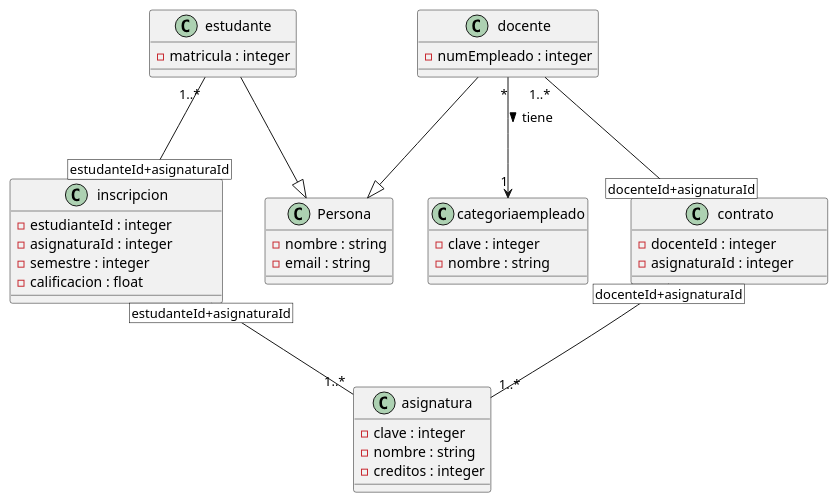
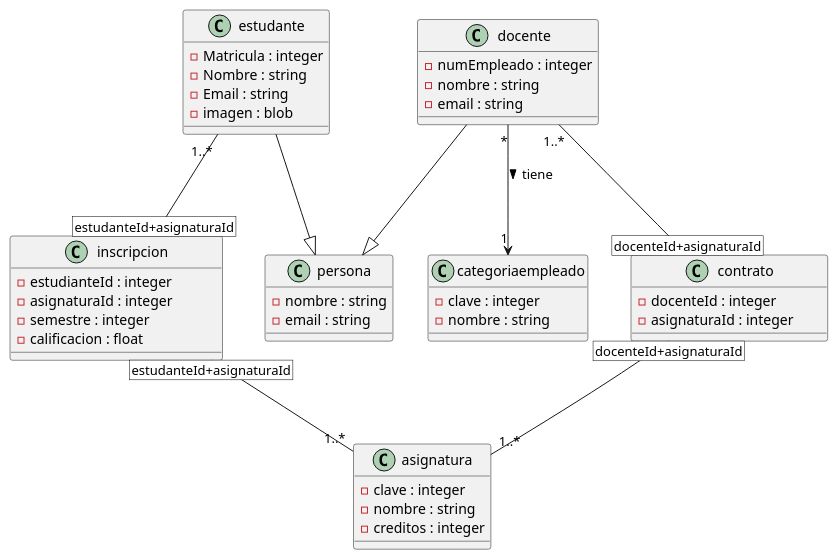
One commit to GersyJvC/BaseDatos changed the diagram in seeders/clases.puml. Above: the diagram before and after it, drawn with PlantUML. The commit also changed 1 other file, not shown here.

```diff
--- a/seeders/clases.puml
+++ b/seeders/clases.puml
@@ -1,44 +1,48 @@
 @startuml WebApp
-class Persona {
+class persona {
 - nombre : string
 - email : string
 }
 class estudante {
-- matricula : integer
+- Matricula : integer
+- Nombre : string
+- Email : string
+- imagen : blob
 }
 class docente {
 - numEmpleado : integer
+- nombre : string
+- email : string
 }
-
 class asignatura {
 - clave : integer
 - nombre : string
 - creditos : integer
 }
 
 class categoriaempleado {
 - clave : integer
 - nombre : string
 }
 
 class inscripcion {
 - estudianteId : integer
 - asignaturaId : integer
 - semestre : integer
 - calificacion : float
 }
 
 class contrato {
 - docenteId : integer
 - asignaturaId : integer
 }
 
-docente --|> Persona
-estudante --|> Persona
+docente --|> persona
+estudante --|> persona
 docente "*" --> "1" categoriaempleado: tiene >
 estudante "1..*" -- [estudanteId+asignaturaId] inscripcion
 inscripcion [estudanteId+asignaturaId] -- "1..*" asignatura
 docente "1..*" -- [docenteId+asignaturaId] contrato
 contrato [docenteId+asignaturaId] -- "1..*" asignatura
 
 @enduml
```
